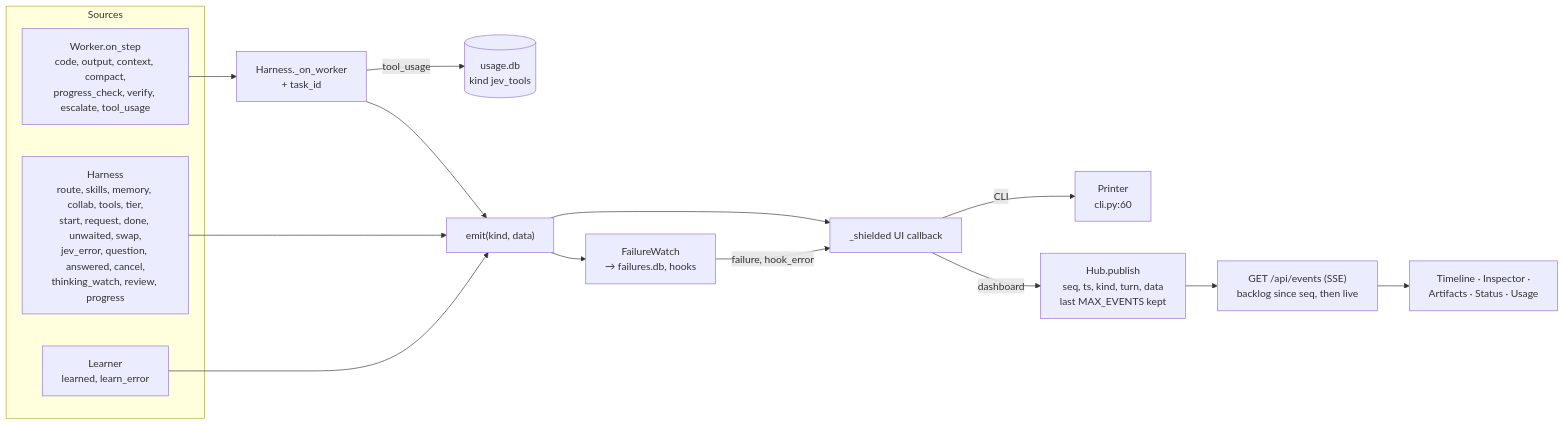
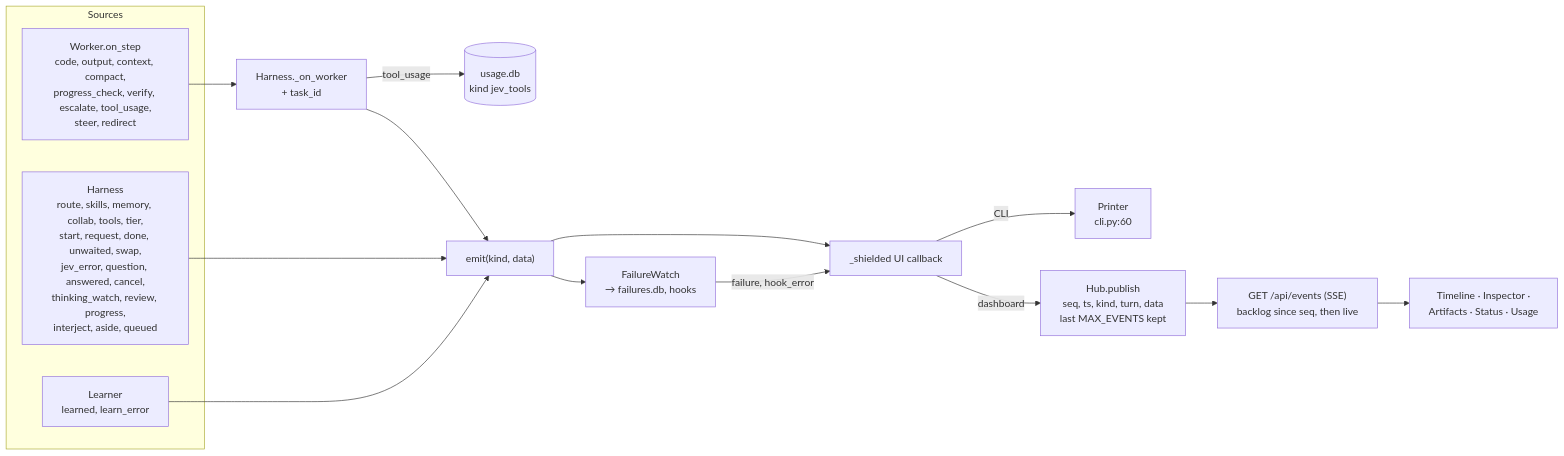
The first of 3 diagrams in docs/architecture/10-observability.md (slumpsod/jev-harness), drawn with Mermaid before and after one commit. The commit also changed other lines of this file and 31 other files, not shown here.

````diff
--- a/docs/architecture/10-observability.md
+++ b/docs/architecture/10-observability.md
@@ -11,20 +11,20 @@
 ```mermaid
 flowchart LR
   subgraph Sources
-    H["Harness<br/>route, skills, memory, collab, tools, tier,<br/>start, request, done, unwaited, swap,<br/>jev_error, question, answered, cancel,<br/>thinking_watch, review, progress"]
-    W["Worker.on_step<br/>code, output, context, compact,<br/>progress_check, verify, escalate, tool_usage"]
+    H["Harness<br/>route, skills, memory, collab, tools, tier,<br/>start, request, done, unwaited, swap,<br/>jev_error, question, answered, cancel,<br/>thinking_watch, review, progress,<br/>interject, aside, queued"]
+    W["Worker.on_step<br/>code, output, context, compact,<br/>progress_check, verify, escalate, tool_usage,<br/>steer, redirect"]
     L["Learner<br/>learned, learn_error"]
   end
   W --> OW["Harness._on_worker<br/>+ task_id"]
   OW -- "tool_usage" --> U[("usage.db<br/>kind jev_tools")]
   OW --> EM["emit(kind, data)"]
   H --> EM
   L --> EM
   EM --> SH["_shielded UI callback"]
   EM --> FW["FailureWatch<br/>→ failures.db, hooks"]
   FW -- "failure, hook_error" --> SH
   SH -- "CLI" --> PR["Printer<br/>cli.py:60"]
   SH -- "dashboard" --> HUB["Hub.publish<br/>seq, ts, kind, turn, data<br/>last MAX_EVENTS kept"]
   HUB --> SSE["GET /api/events (SSE)<br/>backlog since seq, then live"]
   SSE --> UI["Timeline · Inspector ·<br/>Artifacts · Status · Usage"]
 ```
````
